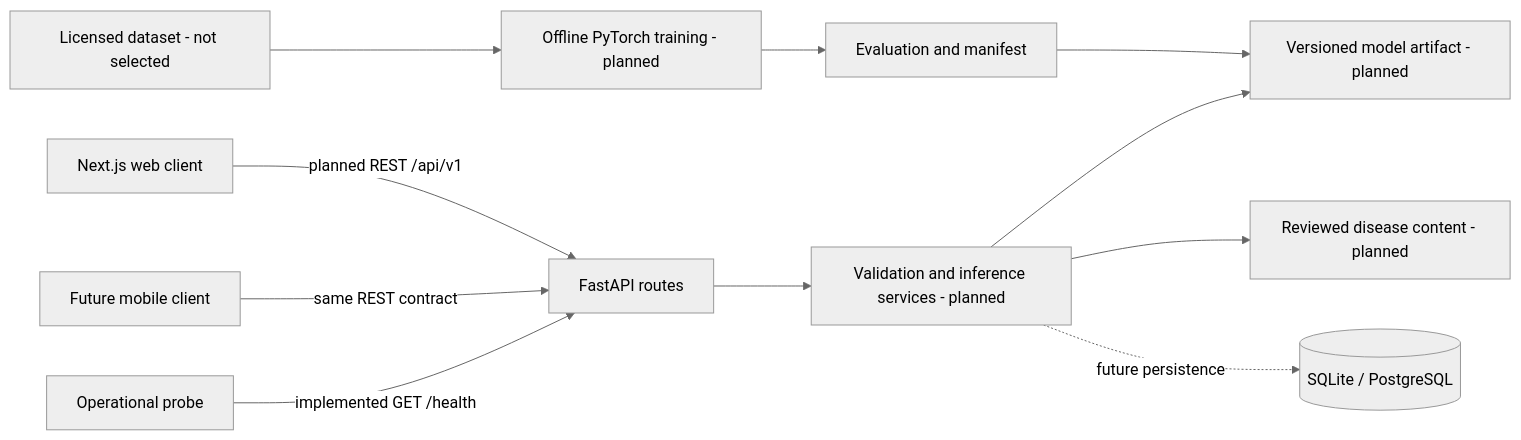
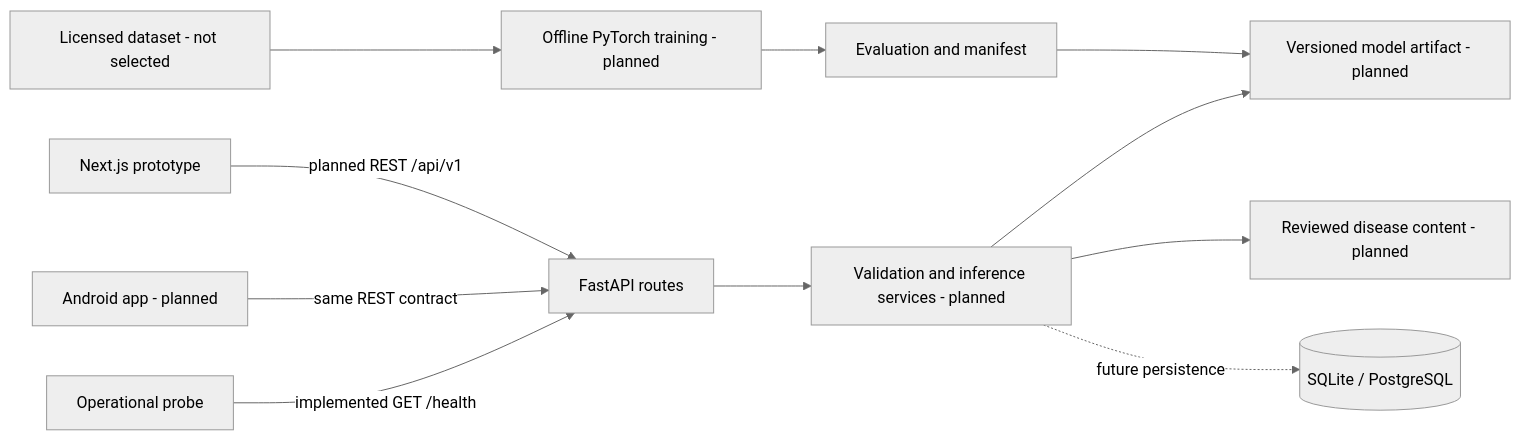
The first of 2 diagrams in docs/ARCHITECTURE.md (GOU7METTE/HORTI), drawn with Mermaid (neutral theme) before and after one commit. The commit also changed other lines of this file and 18 other files, not shown here.

````diff
--- a/docs/ARCHITECTURE.md
+++ b/docs/ARCHITECTURE.md
@@ -11,13 +18,13 @@
 ```mermaid
 flowchart LR
-    Web[Next.js web client] -->|planned REST /api/v1| API[FastAPI routes]
-    Mobile[Future mobile client] -->|same REST contract| API
+    Web[Next.js prototype] -->|planned REST /api/v1| API[FastAPI routes]
+    Mobile[Android app - planned] -->|same REST contract| API
     API --> Services[Validation and inference services - planned]
     Services --> Model[Versioned model artifact - planned]
     Services --> Content[Reviewed disease content - planned]
     Services -. future persistence .-> DB[(SQLite / PostgreSQL)]
     Dataset[Licensed dataset - not selected] --> Training[Offline PyTorch training - planned]
     Training --> Evaluation[Evaluation and manifest]
     Evaluation --> Model
     Probe[Operational probe] -->|implemented GET /health| API
 ```
````
